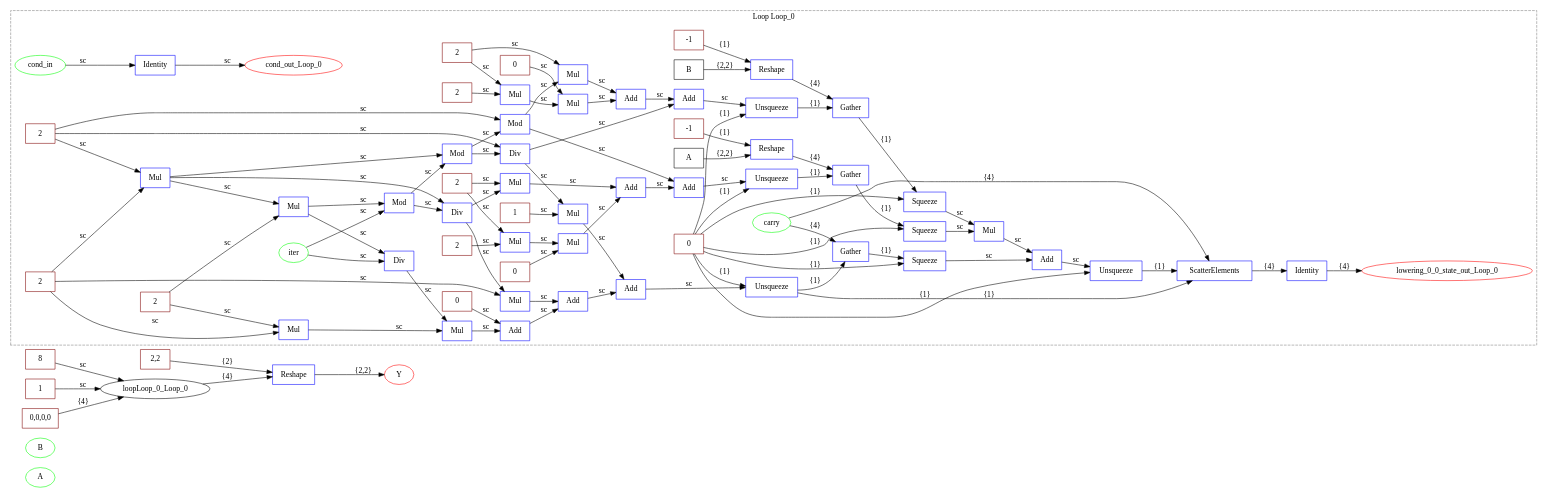
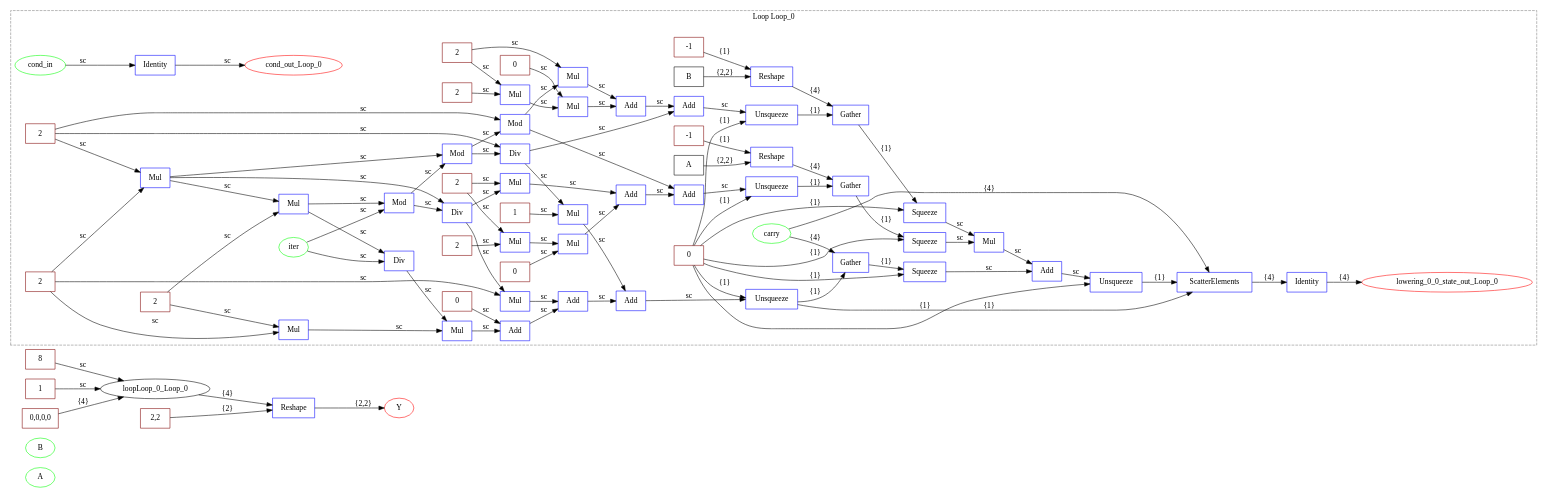
One commit to specs-feup/onnx-flow changed the diagram in examples/onnx/matmul_test.dot. Above: the diagram before and after it, drawn with Graphviz. The commit also changed other lines of this file and 68 other files, not shown here.

```diff
--- a/examples/onnx/matmul_test.dot
+++ b/examples/onnx/matmul_test.dot
@@ -1,172 +1,172 @@
 digraph {
   graph [compound=true rankdir=LR];
   A [label=A shape=ellipse color=lime];
   B [label=B shape=ellipse color=lime];
   Y [label=Y shape=ellipse color=red];
   lowering_0_Reshape [label=Reshape shape=box color=blue];
-  lowering_0_final_shape [label="2,2" shape=box color=maroon];
   lowering_0_trip_count_Loop_0 [label=8 shape=box color=maroon];
   lowering_0_cond_Loop_0 [label=1 shape=box color=maroon];
   lowering_0_init_carry_Loop_0 [label="0,0,0,0" shape=box color=maroon];
   subgraph cluster_loop_Loop_0 {
     graph [compound=true rankdir=LR];
     loopLoop_0_iter [label=iter shape=ellipse color=lime];
     loopLoop_0_cond_in [label=cond_in shape=ellipse color=lime];
     loopLoop_0_carry [label=carry shape=ellipse color=lime];
     loopLoop_0_id_cond_Loop_0 [label=Identity shape=box color=blue];
     loopLoop_0_cond_out_Loop_0 [label=cond_out_Loop_0 shape=ellipse color=red];
     loopLoop_0_Loop_0_axes [label=0 shape=box color=maroon];
     loopLoop_0_coal_mm_0_M_const [label=2 shape=box color=maroon];
     loopLoop_0_coal_mm_0_K_const [label=2 shape=box color=maroon];
     loopLoop_0_coal_mm_0_N_const [label=2 shape=box color=maroon];
     loopLoop_0_coal_mm_0_Mul [label=Mul shape=box color=blue];
     loopLoop_0_coal_mm_0_Mul -> loopLoop_0_coal_mm_0_Mul_1 [label=sc];
     loopLoop_0_coal_mm_0_Mul -> loopLoop_0_coal_mm_0_Div_1 [label=sc];
     loopLoop_0_coal_mm_0_Mul -> loopLoop_0_coal_mm_0_Mod_1 [label=sc];
     loopLoop_0_coal_mm_0_Mul_1 [label=Mul shape=box color=blue];
     loopLoop_0_coal_mm_0_Mul_1 -> loopLoop_0_coal_mm_0_Div [label=sc];
     loopLoop_0_coal_mm_0_Mul_1 -> loopLoop_0_coal_mm_0_Mod [label=sc];
     loopLoop_0_coal_mm_0_Div [label=Div shape=box color=blue];
     loopLoop_0_coal_mm_0_Div -> loopLoop_0_coal_mm_0_Mul_10 [label=sc];
     loopLoop_0_coal_mm_0_Mod [label=Mod shape=box color=blue];
     loopLoop_0_coal_mm_0_Mod -> loopLoop_0_coal_mm_0_Div_1 [label=sc];
     loopLoop_0_coal_mm_0_Mod -> loopLoop_0_coal_mm_0_Mod_1 [label=sc];
     loopLoop_0_coal_mm_0_Div_1 [label=Div shape=box color=blue];
     loopLoop_0_coal_mm_0_Div_1 -> loopLoop_0_coal_mm_0_Mul_4 [label=sc];
     loopLoop_0_coal_mm_0_Div_1 -> loopLoop_0_coal_mm_0_Mul_11 [label=sc];
     loopLoop_0_coal_mm_0_Mod_1 [label=Mod shape=box color=blue];
     loopLoop_0_coal_mm_0_Mod_1 -> loopLoop_0_coal_mm_0_Div_2 [label=sc];
     loopLoop_0_coal_mm_0_Mod_1 -> loopLoop_0_coal_mm_0_Mod_2 [label=sc];
     loopLoop_0_coal_mm_0_Div_2 [label=Div shape=box color=blue];
     loopLoop_0_coal_mm_0_Div_2 -> loopLoop_0_coal_mm_0_Add_3 [label=sc];
     loopLoop_0_coal_mm_0_Div_2 -> loopLoop_0_coal_mm_0_Mul_12 [label=sc];
     loopLoop_0_coal_mm_0_Mod_2 [label=Mod shape=box color=blue];
     loopLoop_0_coal_mm_0_Mod_2 -> loopLoop_0_coal_mm_0_Add_1 [label=sc];
     loopLoop_0_coal_mm_0_Mod_2 -> loopLoop_0_coal_mm_0_Mul_7 [label=sc];
     loopLoop_0_coal_mm_0_A_batch_zero [label=0 shape=box color=maroon];
     loopLoop_0_coal_mm_0_A_rows [label=2 shape=box color=maroon];
     loopLoop_0_coal_mm_0_A_cols [label=2 shape=box color=maroon];
     loopLoop_0_coal_mm_0_Mul_2 [label=Mul shape=box color=blue];
     loopLoop_0_coal_mm_0_Mul_2 -> loopLoop_0_coal_mm_0_Mul_3 [label=sc];
     loopLoop_0_coal_mm_0_Mul_3 [label=Mul shape=box color=blue];
     loopLoop_0_coal_mm_0_Mul_3 -> loopLoop_0_coal_mm_0_Add [label=sc];
     loopLoop_0_coal_mm_0_Mul_4 [label=Mul shape=box color=blue];
     loopLoop_0_coal_mm_0_Mul_4 -> loopLoop_0_coal_mm_0_Add [label=sc];
     loopLoop_0_coal_mm_0_Add [label=Add shape=box color=blue];
     loopLoop_0_coal_mm_0_Add -> loopLoop_0_coal_mm_0_Add_1 [label=sc];
     loopLoop_0_coal_mm_0_Add_1 [label=Add shape=box color=blue];
     loopLoop_0_coal_mm_0_Add_1 -> loopLoop_0_coal_mm_0_Unsqueeze [label=sc];
     loopLoop_0_coal_mm_0_B_batch_zero [label=0 shape=box color=maroon];
     loopLoop_0_coal_mm_0_B_rows [label=2 shape=box color=maroon];
     loopLoop_0_coal_mm_0_B_cols [label=2 shape=box color=maroon];
     loopLoop_0_coal_mm_0_Mul_5 [label=Mul shape=box color=blue];
     loopLoop_0_coal_mm_0_Mul_5 -> loopLoop_0_coal_mm_0_Mul_6 [label=sc];
     loopLoop_0_coal_mm_0_Mul_6 [label=Mul shape=box color=blue];
     loopLoop_0_coal_mm_0_Mul_6 -> loopLoop_0_coal_mm_0_Add_2 [label=sc];
     loopLoop_0_coal_mm_0_Mul_7 [label=Mul shape=box color=blue];
     loopLoop_0_coal_mm_0_Mul_7 -> loopLoop_0_coal_mm_0_Add_2 [label=sc];
     loopLoop_0_coal_mm_0_Add_2 [label=Add shape=box color=blue];
     loopLoop_0_coal_mm_0_Add_2 -> loopLoop_0_coal_mm_0_Add_3 [label=sc];
     loopLoop_0_coal_mm_0_Add_3 [label=Add shape=box color=blue];
     loopLoop_0_coal_mm_0_Add_3 -> loopLoop_0_coal_mm_0_Unsqueeze_1 [label=sc];
     loopLoop_0_A [label=A shape=box];
     loopLoop_0_coal_mm_0_flat_shape_A [label=-1 shape=box color=maroon];
     loopLoop_0_coal_mm_0_Reshape [label=Reshape shape=box color=blue];
     loopLoop_0_coal_mm_0_Reshape -> loopLoop_0_coal_mm_0_Gather [label="{4}"];
     loopLoop_0_B [label=B shape=box];
     loopLoop_0_coal_mm_0_flat_shape_B [label=-1 shape=box color=maroon];
     loopLoop_0_coal_mm_0_Reshape_1 [label=Reshape shape=box color=blue];
     loopLoop_0_coal_mm_0_Reshape_1 -> loopLoop_0_coal_mm_0_Gather_1 [label="{4}"];
     loopLoop_0_coal_mm_0_Unsqueeze [label=Unsqueeze shape=box color=blue];
     loopLoop_0_coal_mm_0_Unsqueeze -> loopLoop_0_coal_mm_0_Gather [label="{1}"];
     loopLoop_0_coal_mm_0_Gather [label=Gather shape=box color=blue];
     loopLoop_0_coal_mm_0_Gather -> loopLoop_0_coal_mm_0_Squeeze [label="{1}"];
     loopLoop_0_coal_mm_0_Unsqueeze_1 [label=Unsqueeze shape=box color=blue];
     loopLoop_0_coal_mm_0_Unsqueeze_1 -> loopLoop_0_coal_mm_0_Gather_1 [label="{1}"];
     loopLoop_0_coal_mm_0_Gather_1 [label=Gather shape=box color=blue];
     loopLoop_0_coal_mm_0_Gather_1 -> loopLoop_0_coal_mm_0_Squeeze_1 [label="{1}"];
     loopLoop_0_coal_mm_0_Squeeze [label=Squeeze shape=box color=blue];
     loopLoop_0_coal_mm_0_Squeeze -> loopLoop_0_coal_mm_0_Mul_8 [label=sc];
     loopLoop_0_coal_mm_0_Squeeze_1 [label=Squeeze shape=box color=blue];
     loopLoop_0_coal_mm_0_Squeeze_1 -> loopLoop_0_coal_mm_0_Mul_8 [label=sc];
     loopLoop_0_coal_mm_0_Mul_8 [label=Mul shape=box color=blue];
     loopLoop_0_coal_mm_0_Mul_8 -> loopLoop_0_coal_mm_0_Add_7 [label=sc];
     loopLoop_0_coal_mm_0_Mul_9 [label=Mul shape=box color=blue];
     loopLoop_0_coal_mm_0_Mul_9 -> loopLoop_0_coal_mm_0_Mul_10 [label=sc];
     loopLoop_0_coal_mm_0_lin_zero_out_idx [label=0 shape=box color=maroon];
     loopLoop_0_coal_mm_0_Mul_10 [label=Mul shape=box color=blue];
     loopLoop_0_coal_mm_0_Mul_10 -> loopLoop_0_coal_mm_0_Add_4 [label=sc];
     loopLoop_0_coal_mm_0_Add_4 [label=Add shape=box color=blue];
     loopLoop_0_coal_mm_0_Add_4 -> loopLoop_0_coal_mm_0_Add_5 [label=sc];
     loopLoop_0_coal_mm_0_Mul_11 [label=Mul shape=box color=blue];
     loopLoop_0_coal_mm_0_Mul_11 -> loopLoop_0_coal_mm_0_Add_5 [label=sc];
     loopLoop_0_coal_mm_0_Add_5 [label=Add shape=box color=blue];
     loopLoop_0_coal_mm_0_Add_5 -> loopLoop_0_coal_mm_0_Add_6 [label=sc];
     loopLoop_0_coal_mm_0_lin_stride_out_idx_2 [label=1 shape=box color=maroon];
     loopLoop_0_coal_mm_0_Mul_12 [label=Mul shape=box color=blue];
     loopLoop_0_coal_mm_0_Mul_12 -> loopLoop_0_coal_mm_0_Add_6 [label=sc];
     loopLoop_0_coal_mm_0_Add_6 [label=Add shape=box color=blue];
     loopLoop_0_coal_mm_0_Add_6 -> loopLoop_0_coal_mm_0_Unsqueeze_2 [label=sc];
     loopLoop_0_coal_mm_0_Unsqueeze_2 [label=Unsqueeze shape=box color=blue];
     loopLoop_0_coal_mm_0_Unsqueeze_2 -> loopLoop_0_coal_mm_0_Gather_2 [label="{1}"];
     loopLoop_0_coal_mm_0_Unsqueeze_2 -> loopLoop_0_coal_mm_0_ScatterElements [label="{1}"];
     loopLoop_0_coal_mm_0_Gather_2 [label=Gather shape=box color=blue];
     loopLoop_0_coal_mm_0_Gather_2 -> loopLoop_0_coal_mm_0_Squeeze_2 [label="{1}"];
     loopLoop_0_coal_mm_0_Squeeze_2 [label=Squeeze shape=box color=blue];
     loopLoop_0_coal_mm_0_Squeeze_2 -> loopLoop_0_coal_mm_0_Add_7 [label=sc];
     loopLoop_0_coal_mm_0_Add_7 [label=Add shape=box color=blue];
     loopLoop_0_coal_mm_0_Add_7 -> loopLoop_0_coal_mm_0_Unsqueeze_3 [label=sc];
     loopLoop_0_coal_mm_0_Unsqueeze_3 [label=Unsqueeze shape=box color=blue];
     loopLoop_0_coal_mm_0_Unsqueeze_3 -> loopLoop_0_coal_mm_0_ScatterElements [label="{1}"];
     loopLoop_0_coal_mm_0_ScatterElements [label=ScatterElements shape=box color=blue];
     loopLoop_0_coal_mm_0_ScatterElements -> loopLoop_0_lowering_0_id_state_out_Loop_0_0 [label="{4}"];
     loopLoop_0_lowering_0_0_state_out_Loop_0 [label=lowering_0_0_state_out_Loop_0 shape=ellipse color=red];
     loopLoop_0_lowering_0_id_state_out_Loop_0_0 [label=Identity shape=box color=blue];
     loopLoop_0_cond_in -> loopLoop_0_id_cond_Loop_0 [label=sc];
     loopLoop_0_coal_mm_0_N_const -> loopLoop_0_coal_mm_0_Mul [label=sc];
     loopLoop_0_coal_mm_0_K_const -> loopLoop_0_coal_mm_0_Mul [label=sc];
     loopLoop_0_id_cond_Loop_0 -> loopLoop_0_cond_out_Loop_0 [label=sc];
     loopLoop_0_coal_mm_0_M_const -> loopLoop_0_coal_mm_0_Mul_1 [label=sc];
     loopLoop_0_iter -> loopLoop_0_coal_mm_0_Div [label=sc];
     loopLoop_0_iter -> loopLoop_0_coal_mm_0_Mod [label=sc];
     loopLoop_0_coal_mm_0_K_const -> loopLoop_0_coal_mm_0_Div_2 [label=sc];
     loopLoop_0_coal_mm_0_K_const -> loopLoop_0_coal_mm_0_Mod_2 [label=sc];
     loopLoop_0_coal_mm_0_A_rows -> loopLoop_0_coal_mm_0_Mul_2 [label=sc];
     loopLoop_0_coal_mm_0_A_cols -> loopLoop_0_coal_mm_0_Mul_2 [label=sc];
     loopLoop_0_coal_mm_0_A_batch_zero -> loopLoop_0_coal_mm_0_Mul_3 [label=sc];
     loopLoop_0_coal_mm_0_A_cols -> loopLoop_0_coal_mm_0_Mul_4 [label=sc];
     loopLoop_0_coal_mm_0_B_rows -> loopLoop_0_coal_mm_0_Mul_5 [label=sc];
     loopLoop_0_coal_mm_0_B_cols -> loopLoop_0_coal_mm_0_Mul_5 [label=sc];
     loopLoop_0_coal_mm_0_B_batch_zero -> loopLoop_0_coal_mm_0_Mul_6 [label=sc];
     loopLoop_0_coal_mm_0_B_cols -> loopLoop_0_coal_mm_0_Mul_7 [label=sc];
     loopLoop_0_A -> loopLoop_0_coal_mm_0_Reshape [label="{2,2}"];
     loopLoop_0_coal_mm_0_flat_shape_A -> loopLoop_0_coal_mm_0_Reshape [label="{1}"];
     loopLoop_0_B -> loopLoop_0_coal_mm_0_Reshape_1 [label="{2,2}"];
     loopLoop_0_coal_mm_0_flat_shape_B -> loopLoop_0_coal_mm_0_Reshape_1 [label="{1}"];
     loopLoop_0_Loop_0_axes -> loopLoop_0_coal_mm_0_Unsqueeze [label="{1}"];
     loopLoop_0_Loop_0_axes -> loopLoop_0_coal_mm_0_Unsqueeze_1 [label="{1}"];
     loopLoop_0_Loop_0_axes -> loopLoop_0_coal_mm_0_Squeeze [label="{1}"];
     loopLoop_0_Loop_0_axes -> loopLoop_0_coal_mm_0_Squeeze_1 [label="{1}"];
     loopLoop_0_coal_mm_0_M_const -> loopLoop_0_coal_mm_0_Mul_9 [label=sc];
     loopLoop_0_coal_mm_0_N_const -> loopLoop_0_coal_mm_0_Mul_9 [label=sc];
     loopLoop_0_coal_mm_0_lin_zero_out_idx -> loopLoop_0_coal_mm_0_Add_4 [label=sc];
     loopLoop_0_coal_mm_0_N_const -> loopLoop_0_coal_mm_0_Mul_11 [label=sc];
     loopLoop_0_coal_mm_0_lin_stride_out_idx_2 -> loopLoop_0_coal_mm_0_Mul_12 [label=sc];
     loopLoop_0_Loop_0_axes -> loopLoop_0_coal_mm_0_Unsqueeze_2 [label="{1}"];
     loopLoop_0_carry -> loopLoop_0_coal_mm_0_Gather_2 [label="{4}"];
     loopLoop_0_Loop_0_axes -> loopLoop_0_coal_mm_0_Squeeze_2 [label="{1}"];
     loopLoop_0_Loop_0_axes -> loopLoop_0_coal_mm_0_Unsqueeze_3 [label="{1}"];
     loopLoop_0_carry -> loopLoop_0_coal_mm_0_ScatterElements [label="{4}"];
     loopLoop_0_lowering_0_id_state_out_Loop_0_0 -> loopLoop_0_lowering_0_0_state_out_Loop_0 [label="{4}"];
     graph [label="Loop Loop_0"];
     graph [style=dashed];
     graph [color=gray];
   }
 
   loopLoop_0_Loop_0 -> lowering_0_Reshape [label="{4}" ltail=cluster_loop_Loop_0];
+  lowering_0_final_shape [label="2,2" shape=box color=maroon];
   lowering_0_final_shape -> lowering_0_Reshape [label="{2}"];
   lowering_0_trip_count_Loop_0 -> loopLoop_0_Loop_0 [label=sc lhead=cluster_loop_Loop_0];
   lowering_0_cond_Loop_0 -> loopLoop_0_Loop_0 [label=sc lhead=cluster_loop_Loop_0];
   lowering_0_init_carry_Loop_0 -> loopLoop_0_Loop_0 [label="{4}" lhead=cluster_loop_Loop_0];
   lowering_0_Reshape -> Y [label="{2,2}"];
 }
```
